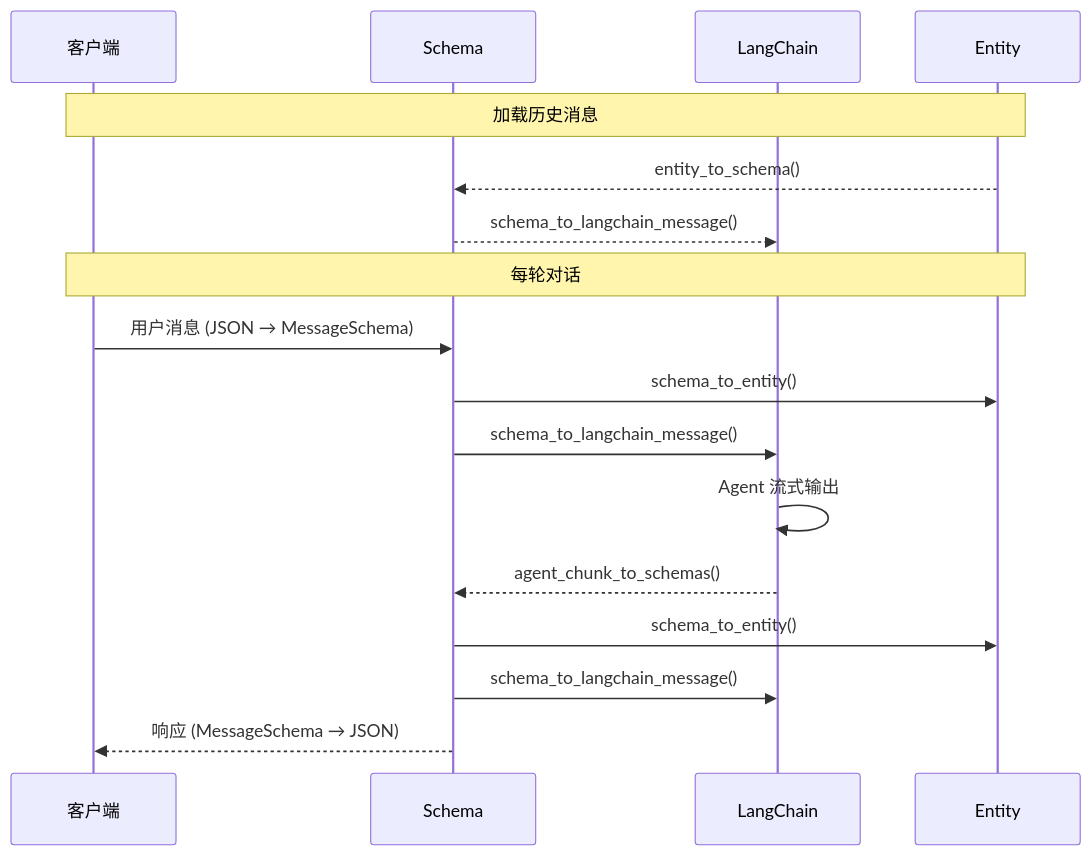
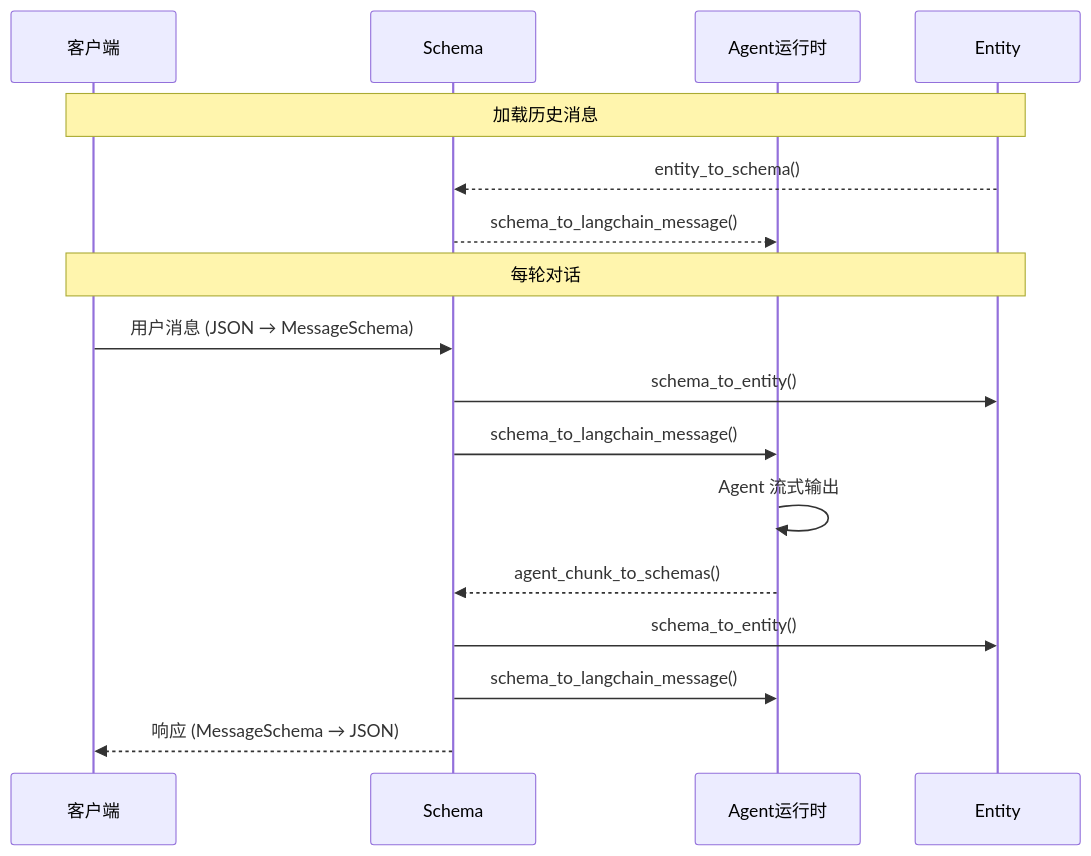
The second of 2 diagrams in insight-agent/DOC.md (2739673455/dataagent), drawn with Mermaid before and after one commit. The commit also changed other lines of this file, not shown here.

````diff
--- a/insight-agent/DOC.md
+++ b/insight-agent/DOC.md
@@ -777,21 +777,21 @@
 ```mermaid
 sequenceDiagram
     participant C as 客户端
     participant S as Schema
-    participant L as LangChain
+    participant L as Agent运行时
     participant E as Entity
 
     Note over C,E: 加载历史消息
     E-->>S: entity_to_schema()
     S-->>L: schema_to_langchain_message()
 
     Note over C,E: 每轮对话
     C->>S: 用户消息 (JSON → MessageSchema)
     S->>E: schema_to_entity()
     S->>L: schema_to_langchain_message()
     L->>L: Agent 流式输出
     L-->>S: agent_chunk_to_schemas()
     S->>E: schema_to_entity()
     S->>L: schema_to_langchain_message()
     S-->>C: 响应 (MessageSchema → JSON)
 ```
````
